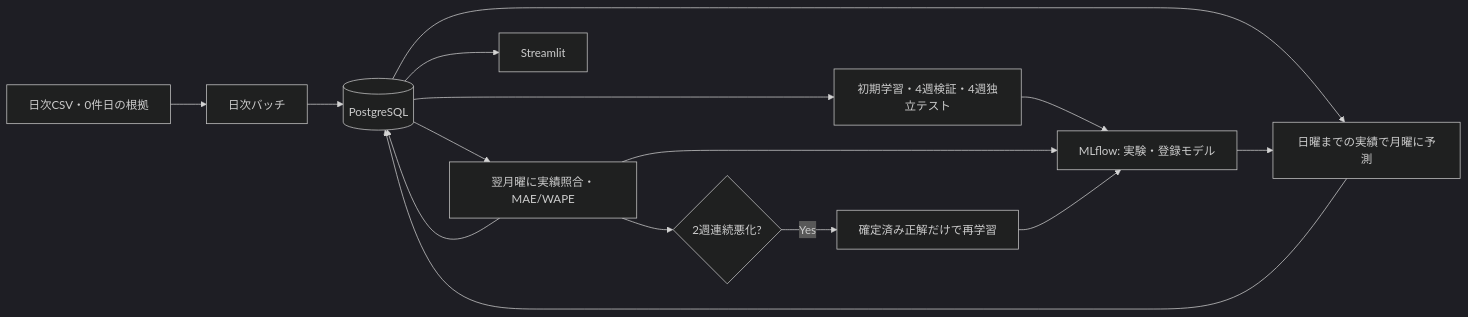
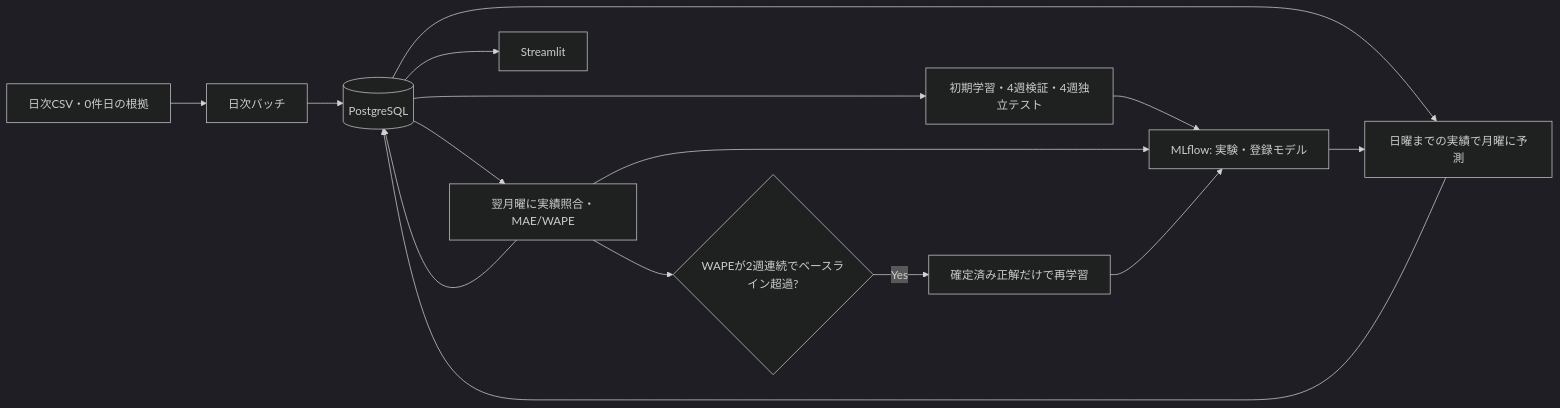
Before and after one commit to sakumiya0922/demandpilot-forecast-operations: the diagram in README.md, drawn with Mermaid (dark theme). The commit also changed other lines of this file and 19 other files, not shown here.

````diff
--- a/README.md
+++ b/README.md
@@ -19,17 +42,17 @@
 ```mermaid
 flowchart LR
     CSV[日次CSV・0件日の根拠] --> ETL[日次バッチ]
     ETL --> DB[(PostgreSQL)]
     DB --> TRAIN[初期学習・4週検証・4週独立テスト]
     TRAIN --> ML[MLflow: 実験・登録モデル]
     DB --> PRED[日曜までの実績で月曜に予測]
     ML --> PRED
     PRED --> DB
     DB --> EVAL[翌月曜に実績照合・MAE/WAPE]
     EVAL --> ML
     EVAL --> DB
-    EVAL --> CHECK{2週連続悪化?}
+    EVAL --> CHECK{WAPEが2週連続でベースライン超過?}
     CHECK -->|Yes| RETRAIN[確定済み正解だけで再学習]
     RETRAIN --> ML
     DB --> UI[Streamlit]
 ```
````
